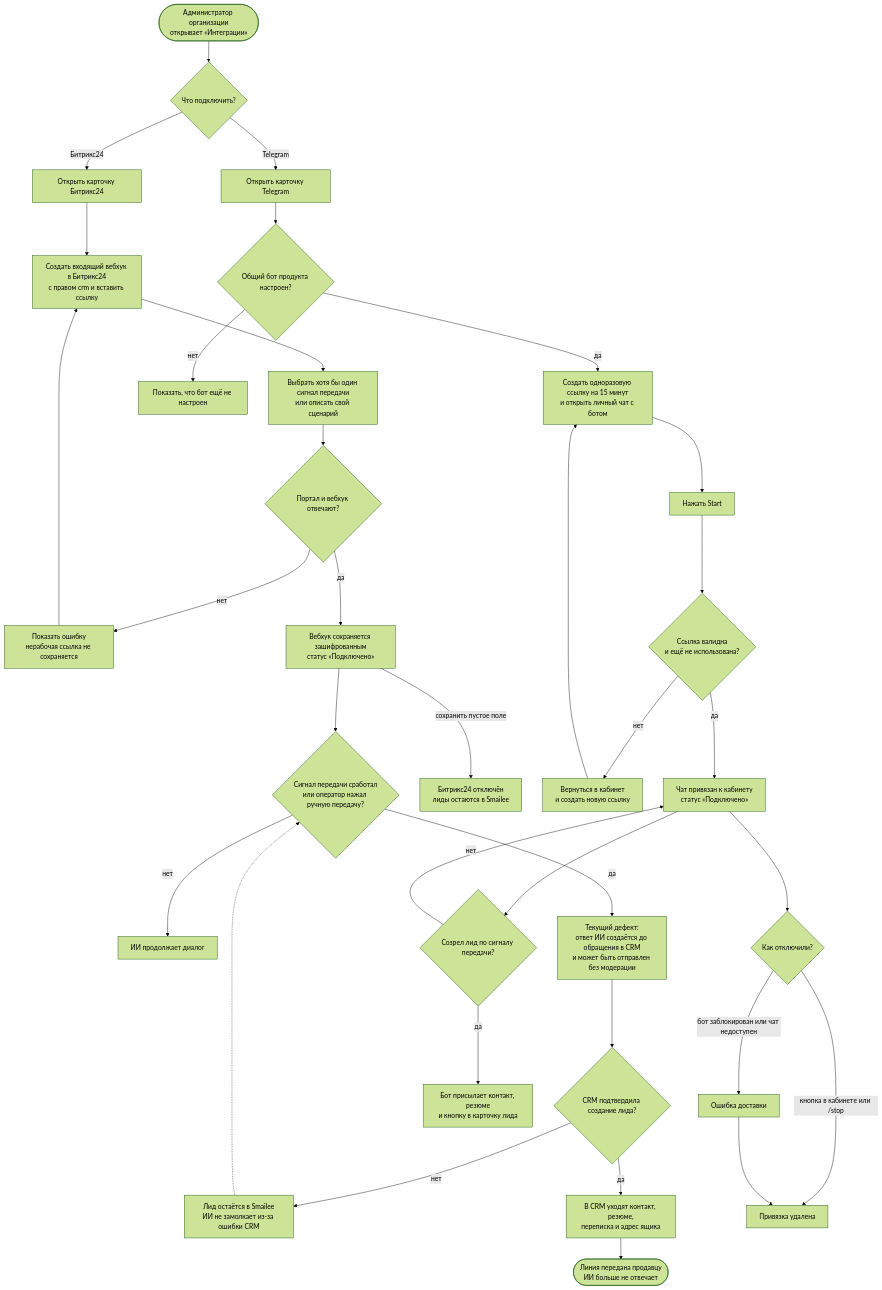
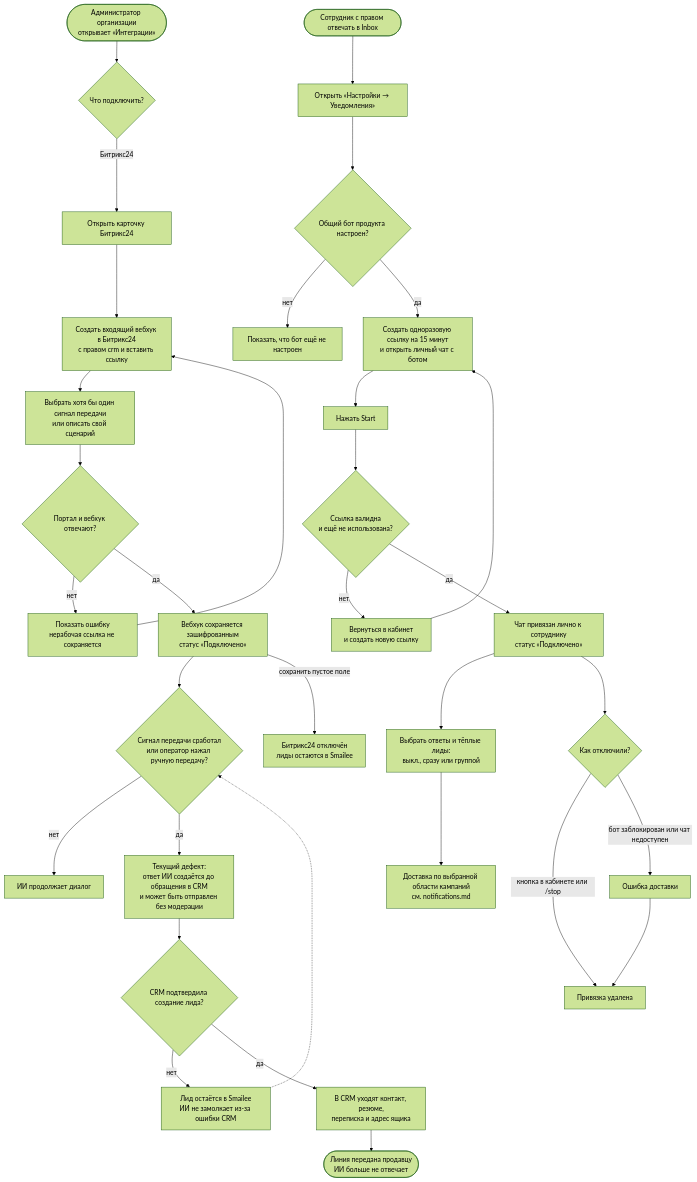
One commit to Egorizzz/smailee changed the diagram in docs/diagrams/integrations.md. Above: the diagram before and after it, drawn with Mermaid (forest theme). The commit also changed other lines of this file and 26 other files, not shown here.

````diff
--- a/docs/diagrams/integrations.md
+++ b/docs/diagrams/integrations.md
@@ -24,38 +24,37 @@
 ```mermaid
 flowchart TD
   Start([Администратор организации<br/>открывает «Интеграции»]) --> Choice{Что подключить?}
 
   Choice -->|Битрикс24| Bitrix[Открыть карточку Битрикс24]
   Bitrix --> Webhook[Создать входящий вебхук в Битрикс24<br/>с правом crm и вставить ссылку]
   Webhook --> Signals[Выбрать хотя бы один сигнал передачи<br/>или описать свой сценарий]
   Signals --> Verify{Портал и вебхук отвечают?}
   Verify -->|нет| BitrixError[Показать ошибку<br/>нерабочая ссылка не сохраняется]
   BitrixError --> Webhook
   Verify -->|да| SaveBitrix[Вебхук сохраняется зашифрованным<br/>статус «Подключено»]
   SaveBitrix --> Handoff{Сигнал передачи сработал<br/>или оператор нажал ручную передачу?}
   Handoff -->|нет| Dialog[ИИ продолжает диалог]
   Handoff -->|да| Premature[Текущий дефект:<br/>ответ ИИ создаётся до обращения в CRM<br/>и может быть отправлен без модерации]
   Premature --> Push{CRM подтвердила создание лида?}
   Push -->|нет| Keep[Лид остаётся в Smailee<br/>ИИ не замолкает из-за ошибки CRM]
   Keep -.-> Handoff
   Push -->|да| CrmLead[В CRM уходят контакт, резюме,<br/>переписка и адрес ящика]
   CrmLead --> StopAi([Линия передана продавцу<br/>ИИ больше не отвечает])
   SaveBitrix -->|сохранить пустое поле| DisableBitrix[Битрикс24 отключён<br/>лиды остаются в Smailee]
 
-  Choice -->|Telegram| Telegram[Открыть карточку Telegram]
+  Employee([Сотрудник с правом отвечать в Inbox]) --> Telegram[Открыть «Настройки → Уведомления»]
   Telegram --> Token{Общий бот продукта настроен?}
   Token -->|нет| BotError[Показать, что бот ещё не настроен]
   Token -->|да| ConnectLink[Создать одноразовую ссылку на 15 минут<br/>и открыть личный чат с ботом]
   ConnectLink --> StartBot[Нажать Start]
   StartBot --> LinkValid{Ссылка валидна<br/>и ещё не использована?}
   LinkValid -->|нет| NewLink[Вернуться в кабинет<br/>и создать новую ссылку]
   NewLink --> ConnectLink
-  LinkValid -->|да| Linked[Чат привязан к кабинету<br/>статус «Подключено»]
-  Linked --> ReadyLead{Созрел лид по сигналу передачи?}
-  ReadyLead -->|да| TelegramLead[Бот присылает контакт, резюме<br/>и кнопку в карточку лида]
-  ReadyLead -->|нет| Linked
+  LinkValid -->|да| Linked[Чат привязан лично к сотруднику<br/>статус «Подключено»]
+  Linked --> NotifySettings[Выбрать ответы и тёплые лиды:<br/>выкл., сразу или группой]
+  NotifySettings --> NotificationFlow[Доставка по выбранной области кампаний<br/>см. notifications.md]
   Linked --> Off{Как отключили?}
   Off -->|кнопка в кабинете или /stop| Disabled[Привязка удалена]
   Off -->|бот заблокирован или чат недоступен| DeliveryError[Ошибка доставки]
   DeliveryError --> Disabled
 ```
````
